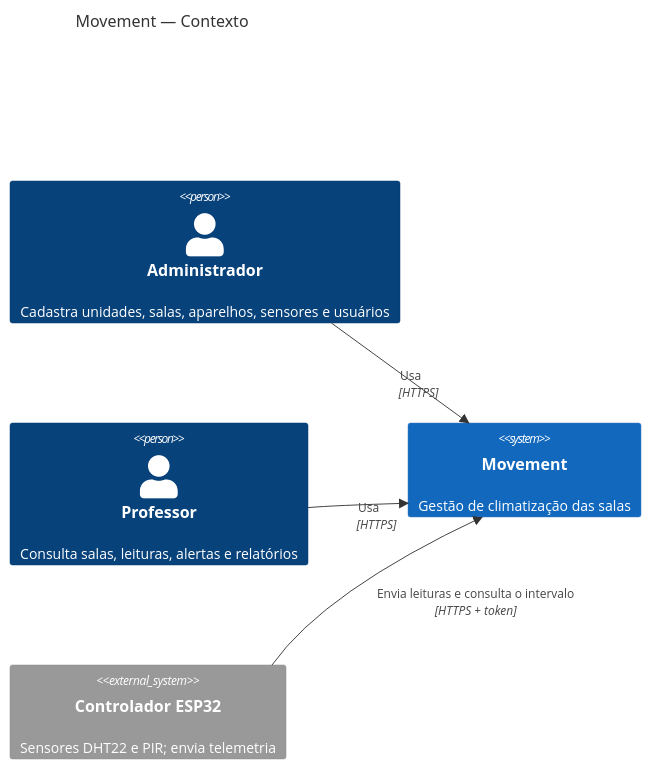
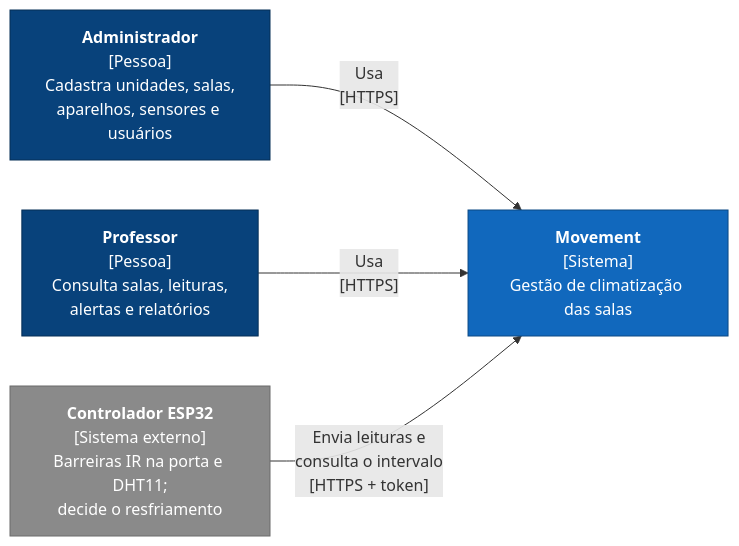
One commit to expotech2026-2/Projeto-Movement-2.0 changed the first of 5 diagrams in docs/arquitetura.md. Above: the diagram before and after it, drawn with Mermaid. The commit also changed other lines of this file, not shown here.

First line of the commit message:
docs: diagramas C4 de contexto e contêineres legíveis no GitHub

````diff
--- a/docs/arquitetura.md
+++ b/docs/arquitetura.md
@@ -20,11 +22,16 @@
 ```mermaid
-C4Context
-  title Movement — Contexto
-  Person(admin, "Administrador", "Cadastra unidades, salas, aparelhos, sensores e usuários")
-  Person(prof, "Professor", "Consulta salas, leituras, alertas e relatórios")
-  System(movement, "Movement", "Gestão de climatização das salas")
-  System_Ext(esp, "Controlador ESP32", "Sensores DHT22 e PIR; envia telemetria")
-  Rel(admin, movement, "Usa", "HTTPS")
-  Rel(prof, movement, "Usa", "HTTPS")
-  Rel(esp, movement, "Envia leituras e consulta o intervalo", "HTTPS + token")
+flowchart LR
+  admin["<b>Administrador</b><br/>[Pessoa]<br/>Cadastra unidades, salas,<br/>aparelhos, sensores e usuários"]
+  prof["<b>Professor</b><br/>[Pessoa]<br/>Consulta salas, leituras,<br/>alertas e relatórios"]
+  esp["<b>Controlador ESP32</b><br/>[Sistema externo]<br/>Barreiras IR na porta e DHT11;<br/>decide o resfriamento"]
+  movement["<b>Movement</b><br/>[Sistema]<br/>Gestão de climatização das salas"]
+  admin -- "Usa<br/>[HTTPS]" --> movement
+  prof -- "Usa<br/>[HTTPS]" --> movement
+  esp -- "Envia leituras e<br/>consulta o intervalo<br/>[HTTPS + token]" --> movement
+  classDef person fill:#08427b,stroke:#052e56,color:#ffffff
+  classDef system fill:#1168bd,stroke:#0b4884,color:#ffffff
+  classDef external fill:#8a8a8a,stroke:#6b6b6b,color:#ffffff
+  class admin,prof person
+  class movement system
+  class esp external
 ```
````
